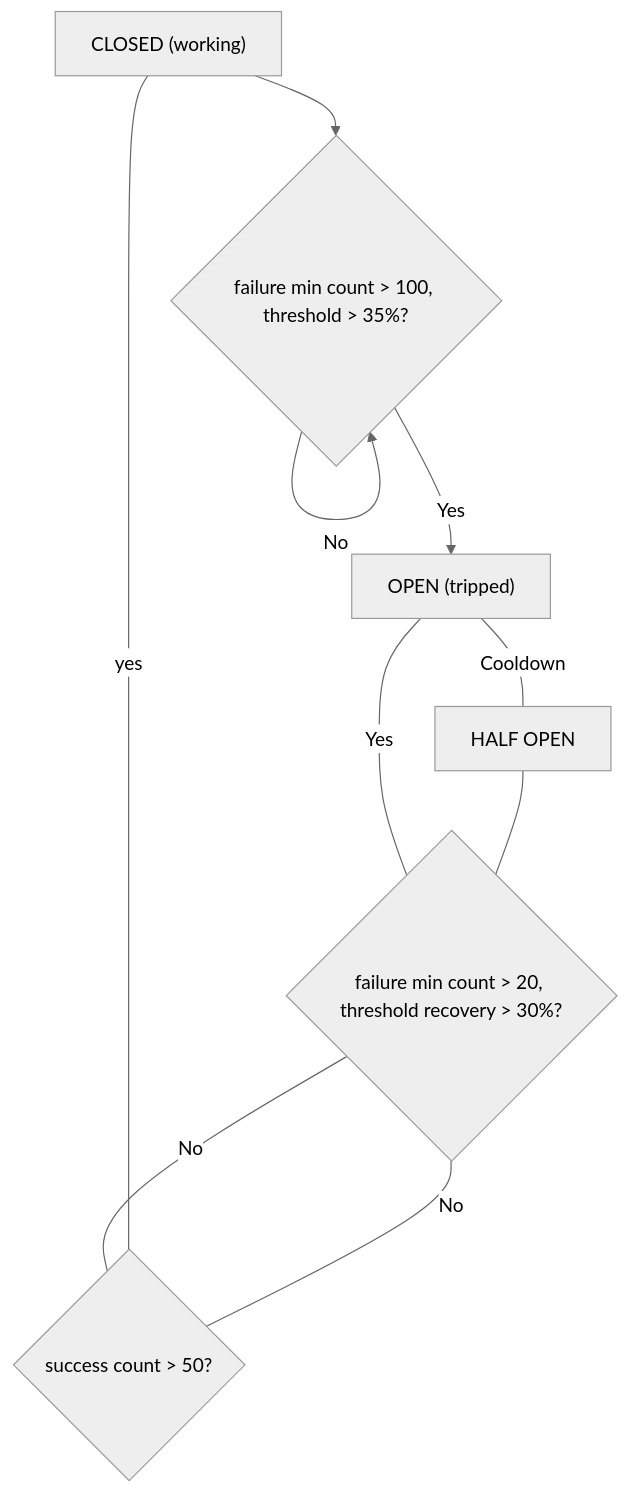
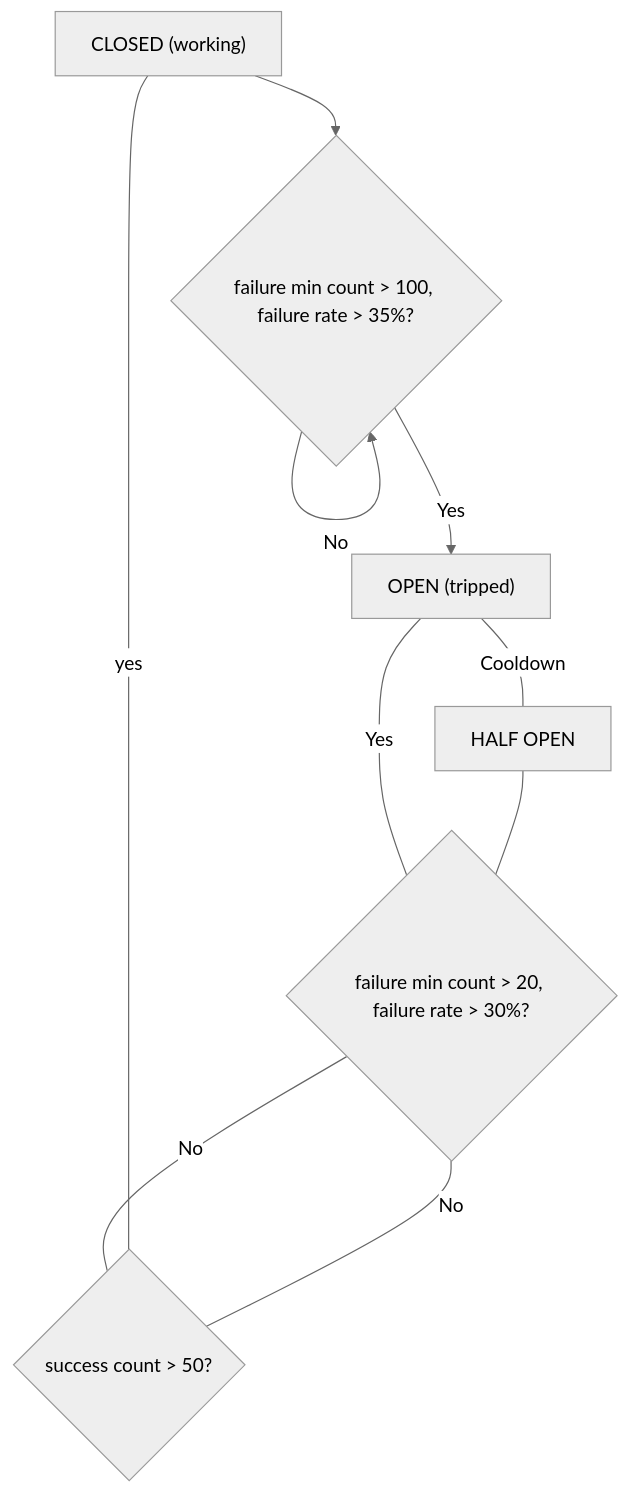
Before and after one commit to saleor/saleor-docs: the diagram in docs/developer/extending/webhooks/synchronous-events/circuit-breakers.mdx, drawn with Mermaid (neutral theme).

Commit message:
Change threshold to failure rate on diagram

````diff
--- a/docs/developer/extending/webhooks/synchronous-events/circuit-breakers.mdx
+++ b/docs/developer/extending/webhooks/synchronous-events/circuit-breakers.mdx
@@ -77,13 +77,13 @@
 ```mermaid
 flowchart TD
     A["CLOSED (working)"]
-    A --> C{failure min count > 100, threshold > 35%?}
-    C -->|No| C{failure min count > 100, threshold > 35%?}
+    A --> C{failure min count > 100, failure rate > 35%?}
+    C -->|No| C{failure min count > 100, failure rate > 35%?}
     C -->|Yes| D["OPEN (tripped)"]
     D ---|"Cooldown"| E["HALF OPEN"]
-    E --- F{failure min count > 20, threshold recovery > 30%?}
+    E --- F{failure min count > 20, failure rate > 30%?}
     F ---|"Yes"| D
     F ---|"No"| G{"success count > 50?"}
 	G ---|"yes"| A
 	G ---|"No"| F
 ```
````
